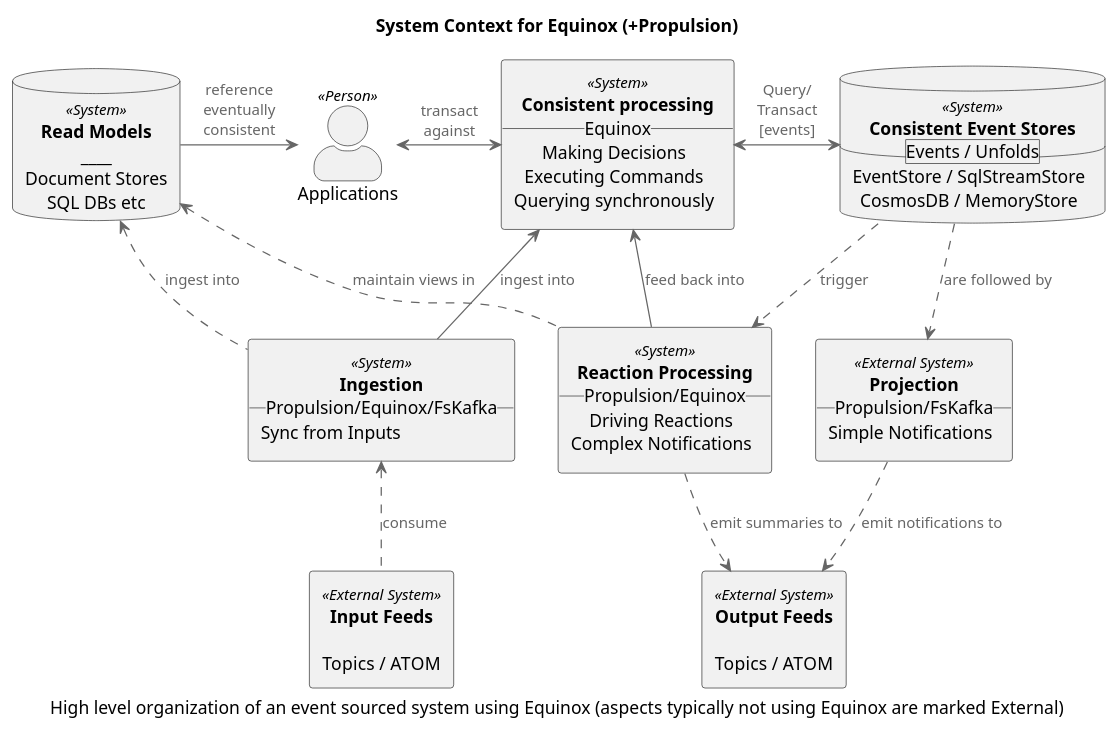
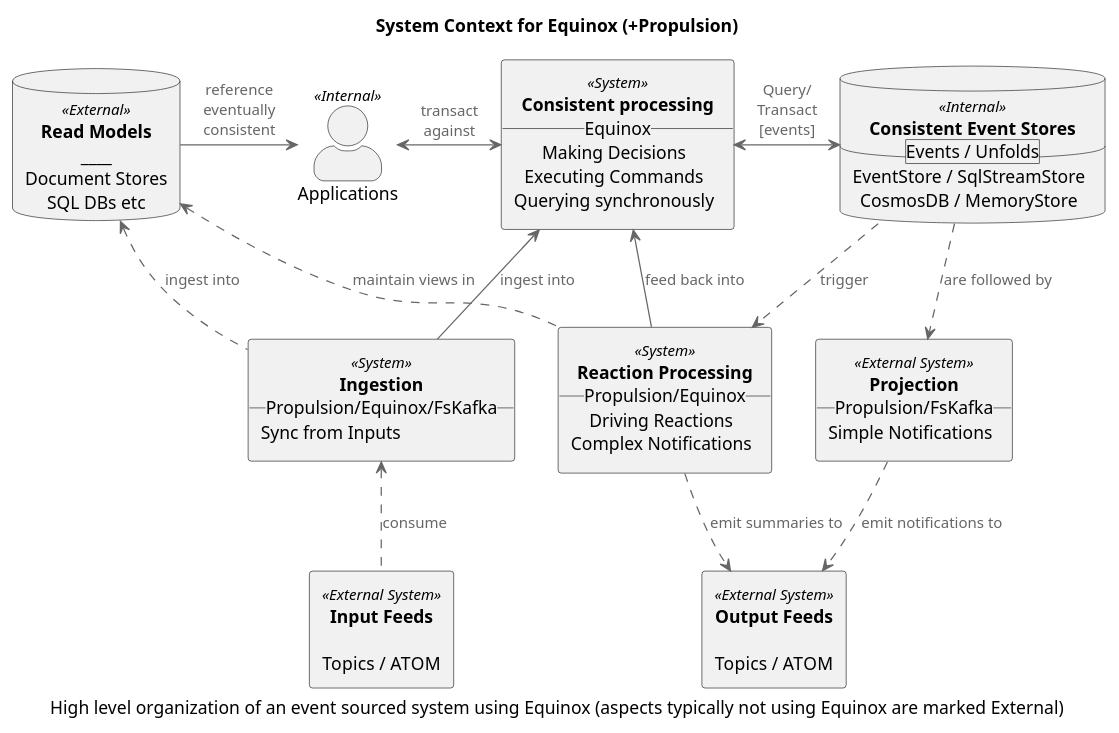
One commit to jet/equinox changed the diagram in diagrams/context.puml. Above: the diagram before and after it, drawn with PlantUML. The commit also changed 6 other files, not shown here.

```diff
--- a/diagrams/context.puml
+++ b/diagrams/context.puml
@@ -1,79 +1,79 @@
 @startuml
 !includeurl https://raw.githubusercontent.com/skleanthous/C4-PlantumlSkin/master/build/output/c4.puml
 
 title System Context for Equinox (+Propulsion)
 caption High level organization of an event sourced system using Equinox (aspects typically not using Equinox are marked External)
 
 together {
-    actor "Applications" <<Person>> as apps
+    actor "Applications" <<Internal>> as apps
     rectangle services <<System>> [
         **Consistent processing**
         __Equinox__
         Making Decisions
         Executing Commands
         Querying synchronously
     ]
-    database stores <<System>> [
+    database stores <<Internal>> [
         **Consistent Event Stores**
         __Events / Unfolds__
         EventStore / SqlStreamStore
         CosmosDB / MemoryStore
     ]
 }
 
-database caches <<System>> [
+database caches <<External>> [
     **Read Models**
     ____  
     Document Stores 
     SQL DBs etc
 ]
 
 together {
     rectangle ingesters <<System>> [
         **Ingestion**
         __Propulsion/Equinox/FsKafka__
         Sync from Inputs
     ]
     rectangle reactors <<System>> [
         **Reaction Processing**
         __Propulsion/Equinox__
         Driving Reactions
         Complex Notifications
     ]
     rectangle projectors <<External System>> [
         **Projection**
         __Propulsion/FsKafka__
         Simple Notifications
     ]
 }
 
 rectangle sources <<External System>> [
     **Input Feeds**
 
     Topics / ATOM 
 ]
 rectangle sinks <<External System>> [
     **Output Feeds**
 
     Topics / ATOM
 ]
 
 apps       <--   caches     : reference\neventually\nconsistent
 apps       <-R-> services   : transact\nagainst
 
 services   <-R-> stores     : Query/\nTransact\n[events]
 
 stores     ..>   projectors : are followed by
 stores     ..>   reactors   : trigger
 
 projectors ..>   sinks      : emit notifications to
 
 reactors   -->   services   : feed back into
 reactors   ..>   sinks      : emit summaries to
 reactors   .U.>   caches    : maintain views in
 
 ingesters  <..   sources    : consume
 ingesters  -->   services   : ingest into
 ingesters  .U.>   caches    : ingest into
 
 @enduml
```
